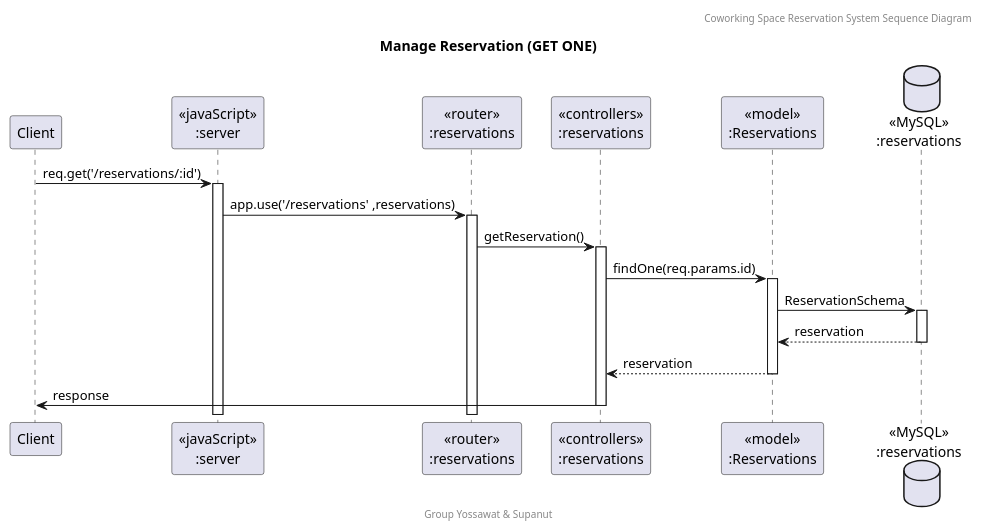
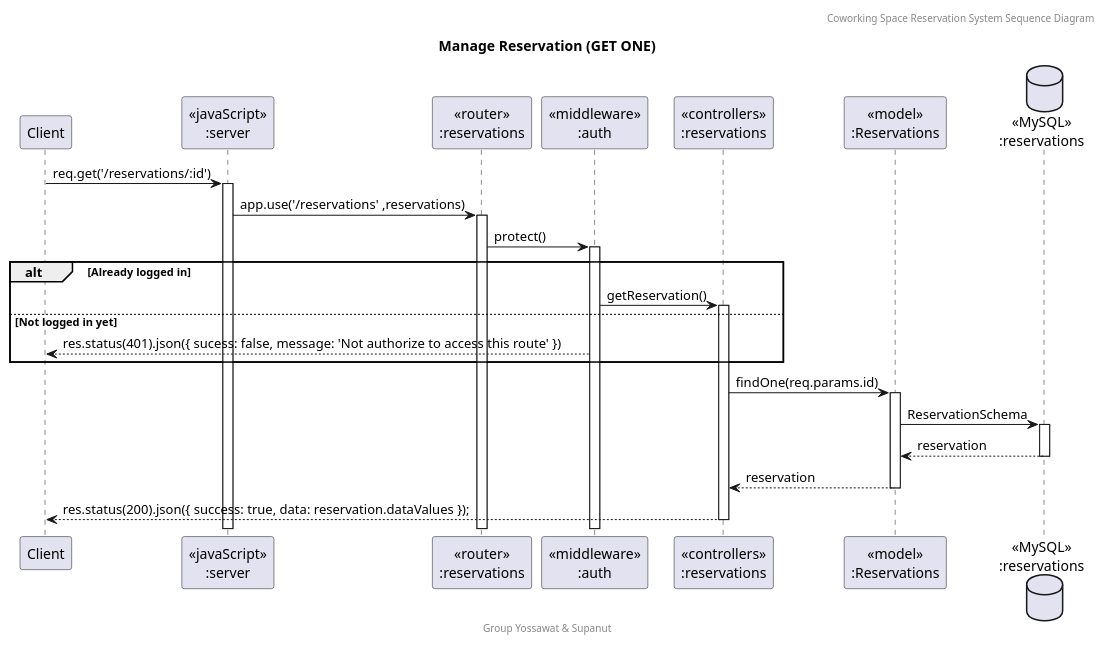
One commit to SupanutT/sw-dev-prac-project changed the diagram in doc/Sequence Diagram/puml/Re_Get_One.puml. Above: the diagram before and after it, drawn with PlantUML. The commit also changed 8 other files, not shown here.

Commit message:
feat: sequence diagram (reservation)

```diff
--- a/doc/Sequence Diagram/puml/Re_Get_One.puml
+++ b/doc/Sequence Diagram/puml/Re_Get_One.puml
@@ -1,23 +1,29 @@
 @startuml Manage Reservation (GET ONE)
 
 header Coworking Space Reservation System Sequence Diagram
 footer Group Yossawat & Supanut
 title "Manage Reservation (GET ONE)"
 
 participant "Client" as client
 participant "<<javaScript>>\n:server" as server
 participant "<<router>>\n:reservations" as routerReservations
+participant "<<middleware>>\n:auth" as middleware
 participant "<<controllers>>\n:reservations" as controllersReservations
 participant "<<model>>\n:Reservations" as modelReservation
 database "<<MySQL>>\n:reservations" as ReservationsDatabase
 
 client -> server ++:req.get('/reservations/:id')
 server -> routerReservations ++:app.use('/reservations' ,reservations)
-routerReservations -> controllersReservations ++: getReservation()
+routerReservations -> middleware ++:protect()
+alt Already logged in
+    middleware -> controllersReservations ++: getReservation()
+else Not logged in yet
+    middleware --> client : res.status(401).json({ sucess: false, message: 'Not authorize to access this route' })
+end
 controllersReservations -> modelReservation ++: findOne(req.params.id)
 modelReservation -> ReservationsDatabase ++: ReservationSchema
 ReservationsDatabase --> modelReservation --: reservation
 controllersReservations <-- modelReservation --: reservation
-controllersReservations -> client --:response
+controllersReservations --> client --:res.status(200).json({ success: true, data: reservation.dataValues });
 
 @enduml
```
